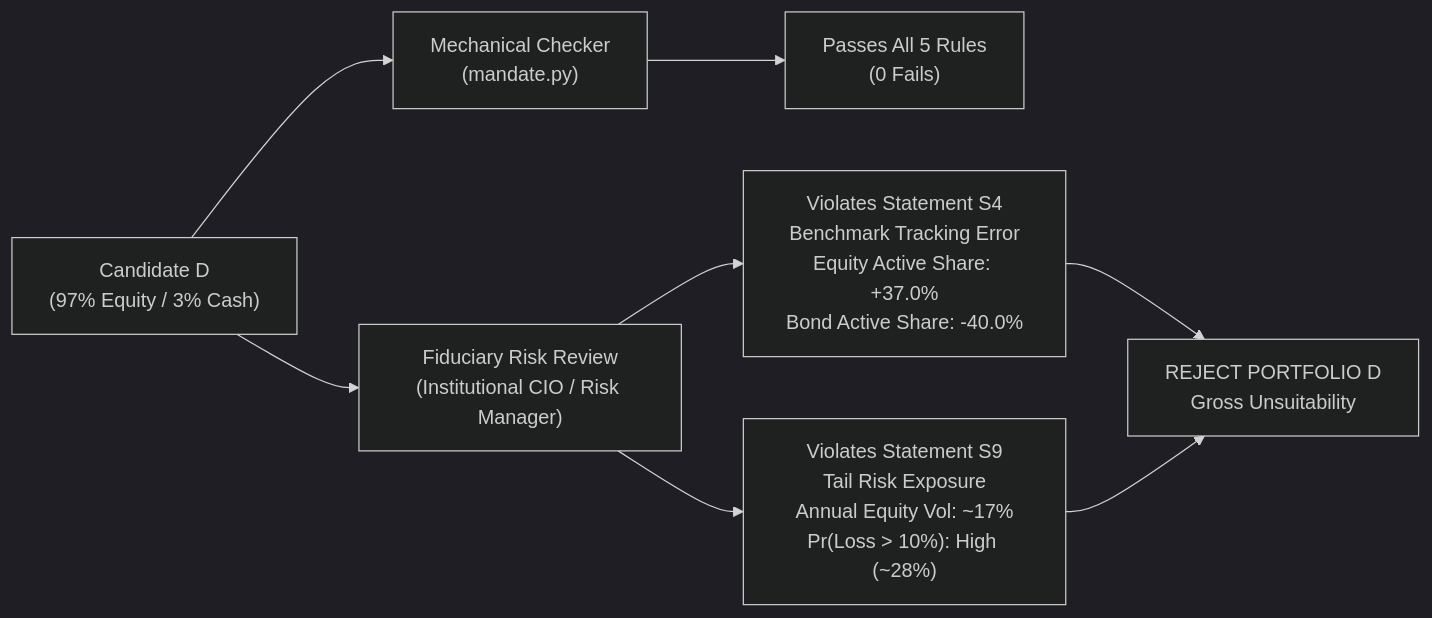
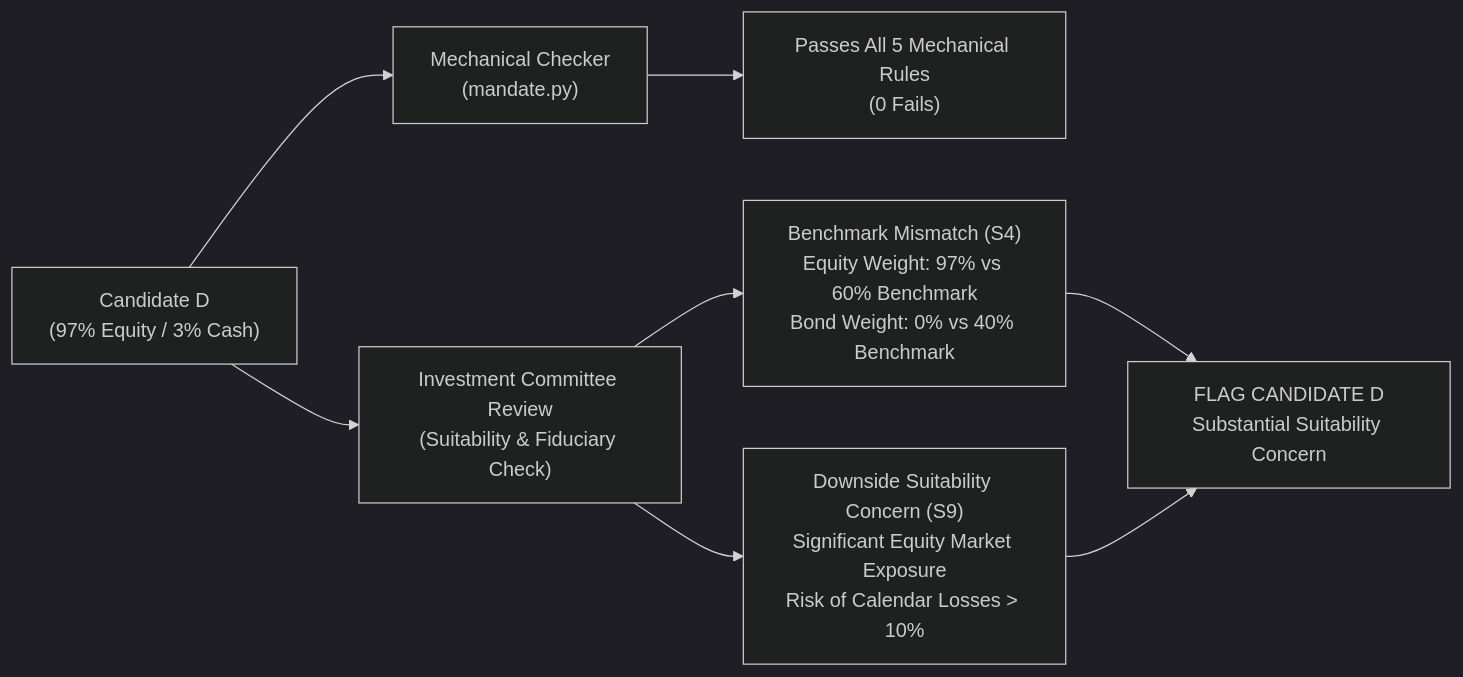
The third of 4 diagrams in Lab-13/lab13.md (river313/IREN-research), drawn with Mermaid (dark theme) before and after one commit. The commit also changed other lines of this file and 1 other file, not shown here.

````diff
--- a/Lab-13/lab13.md
+++ b/Lab-13/lab13.md
@@ -304,12 +304,12 @@
 ```mermaid
 flowchart LR
     PortD["Candidate D<br>(97% Equity / 3% Cash)"] --> Mechanical["Mechanical Checker<br>(mandate.py)"]
-    Mechanical --> Pass["Passes All 5 Rules<br>(0 Fails)"]
+    Mechanical --> Pass["Passes All 5 Mechanical Rules<br>(0 Fails)"]
     
-    PortD --> Fiduciary["Fiduciary Risk Review<br>(Institutional CIO / Risk Manager)"]
-    Fiduciary --> V_S4["Violates Statement S4<br>Benchmark Tracking Error<br>Equity Active Share: +37.0%<br>Bond Active Share: -40.0%"]
-    Fiduciary --> V_S9["Violates Statement S9<br>Tail Risk Exposure<br>Annual Equity Vol: ~17%<br>Pr(Loss > 10%): High (~28%)"]
+    PortD --> Review["Investment Committee Review<br>(Suitability & Fiduciary Check)"]
+    Review --> M_S4["Benchmark Mismatch (S4)<br>Equity Weight: 97% vs 60% Benchmark<br>Bond Weight: 0% vs 40% Benchmark"]
+    Review --> M_S9["Downside Suitability Concern (S9)<br>Significant Equity Market Exposure<br>Risk of Calendar Losses > 10%"]
     
-    V_S4 --> Reject["REJECT PORTFOLIO D<br>Gross Unsuitability"]
-    V_S9 --> Reject
+    M_S4 --> Flag["FLAG CANDIDATE D<br>Substantial Suitability Concern"]
+    M_S9 --> Flag
 ```
````
